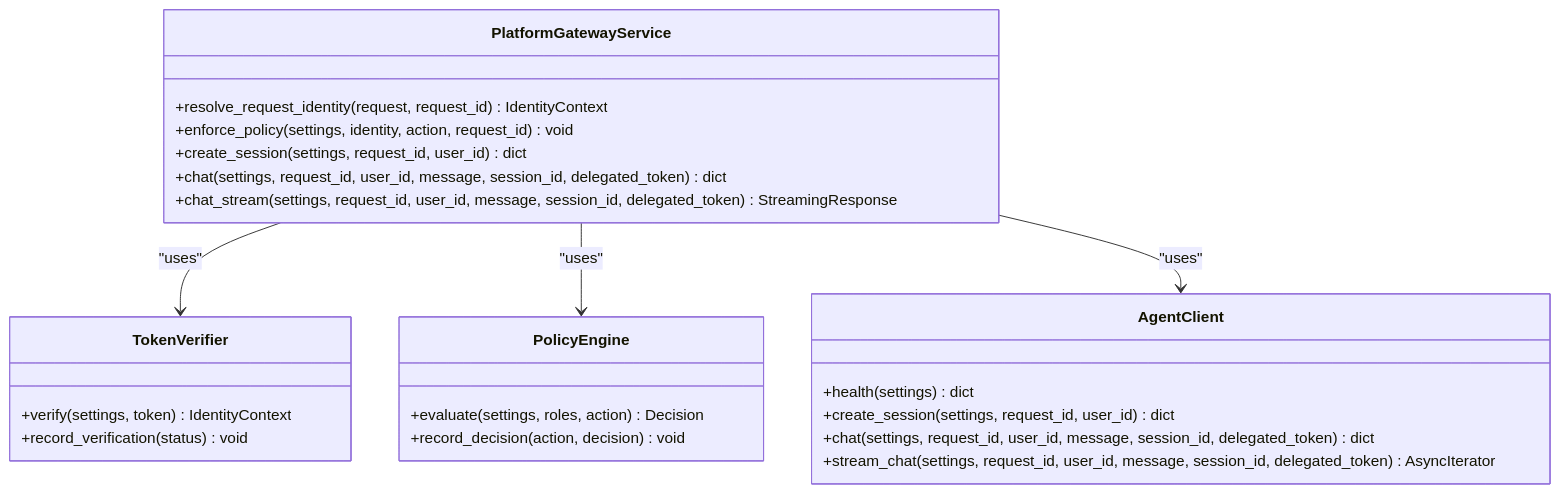
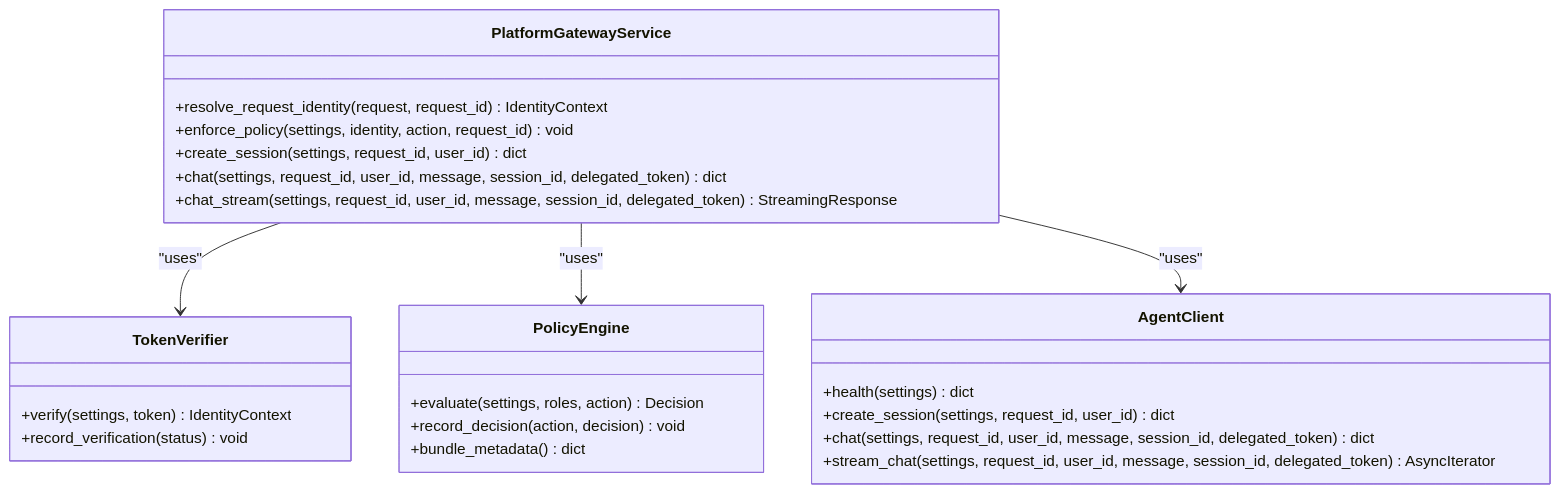
The third of 11 diagrams in .qoder/repowiki/en/content/Architecture Documentation/Architecture Documentation.md (metasync/luban-aiops), drawn with Mermaid before and after one commit. The commit also changed other lines of this file and 35 other files, not shown here.

````diff
--- a/.qoder/repowiki/en/content/Architecture Documentation/Architecture Documentation.md
+++ b/.qoder/repowiki/en/content/Architecture Documentation/Architecture Documentation.md
@@ -313,27 +326,28 @@
 ```mermaid
 classDiagram
 class PlatformGatewayService {
 +resolve_request_identity(request, request_id) IdentityContext
 +enforce_policy(settings, identity, action, request_id) void
 +create_session(settings, request_id, user_id) dict
 +chat(settings, request_id, user_id, message, session_id, delegated_token) dict
 +chat_stream(settings, request_id, user_id, message, session_id, delegated_token) StreamingResponse
 }
 class TokenVerifier {
 +verify(settings, token) IdentityContext
 +record_verification(status) void
 }
 class PolicyEngine {
 +evaluate(settings, roles, action) Decision
 +record_decision(action, decision) void
++bundle_metadata() dict
 }
 class AgentClient {
 +health(settings) dict
 +create_session(settings, request_id, user_id) dict
 +chat(settings, request_id, user_id, message, session_id, delegated_token) dict
 +stream_chat(settings, request_id, user_id, message, session_id, delegated_token) AsyncIterator
 }
 PlatformGatewayService --> TokenVerifier : "uses"
 PlatformGatewayService --> PolicyEngine : "uses"
 PlatformGatewayService --> AgentClient : "uses"
 ```
````
